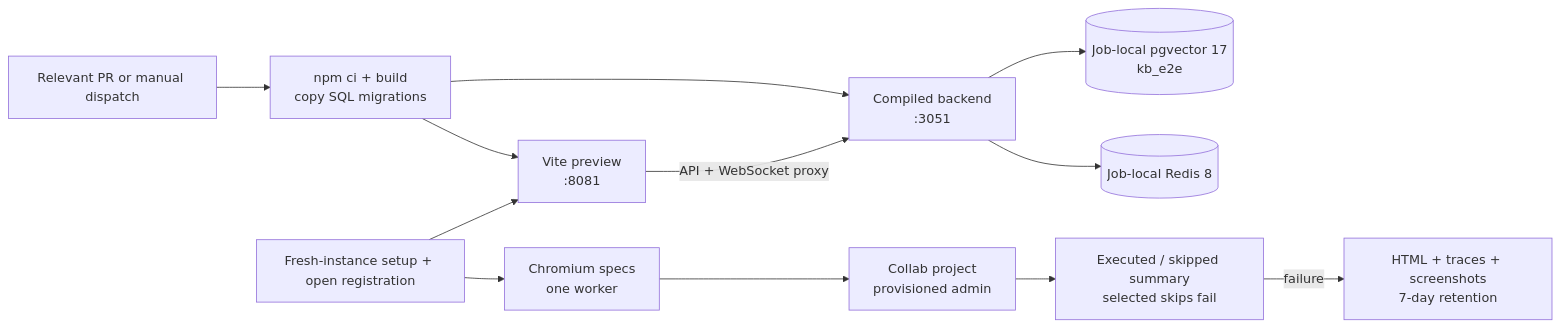
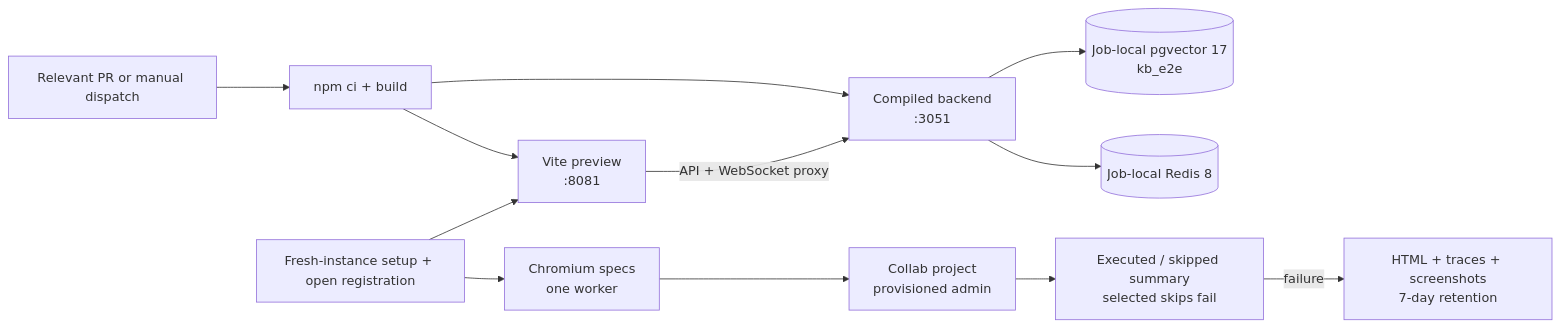
The third of 4 diagrams in docs/architecture/05-deployment.md (Compendiq/compendiq-ce), drawn with Mermaid before and after one commit. The commit also changed other lines of this file and 6 other files, not shown here.

First line of the commit message:
build(backend): copy SQL migrations into dist so a plain build starts (#2012)

````diff
--- a/docs/architecture/05-deployment.md
+++ b/docs/architecture/05-deployment.md
@@ -327,14 +331,14 @@
 ```mermaid
 flowchart LR
-    pr["Relevant PR or manual dispatch"] --> build["npm ci + build<br/>copy SQL migrations"]
+    pr["Relevant PR or manual dispatch"] --> build["npm ci + build"]
     build --> backend["Compiled backend<br/>:3051"]
     build --> preview["Vite preview<br/>:8081"]
     backend --> pg[("Job-local pgvector 17<br/>kb_e2e")]
     backend --> redis[("Job-local Redis 8")]
     preview -->|"API + WebSocket proxy"| backend
     setup["Fresh-instance setup + open registration"] --> preview
     setup --> chromium["Chromium specs<br/>one worker"]
     chromium --> collab["Collab project<br/>provisioned admin"]
     collab --> report["Executed / skipped summary<br/>selected skips fail"]
     report -->|"failure"| artifacts["HTML + traces + screenshots<br/>7-day retention"]
 ```
````
